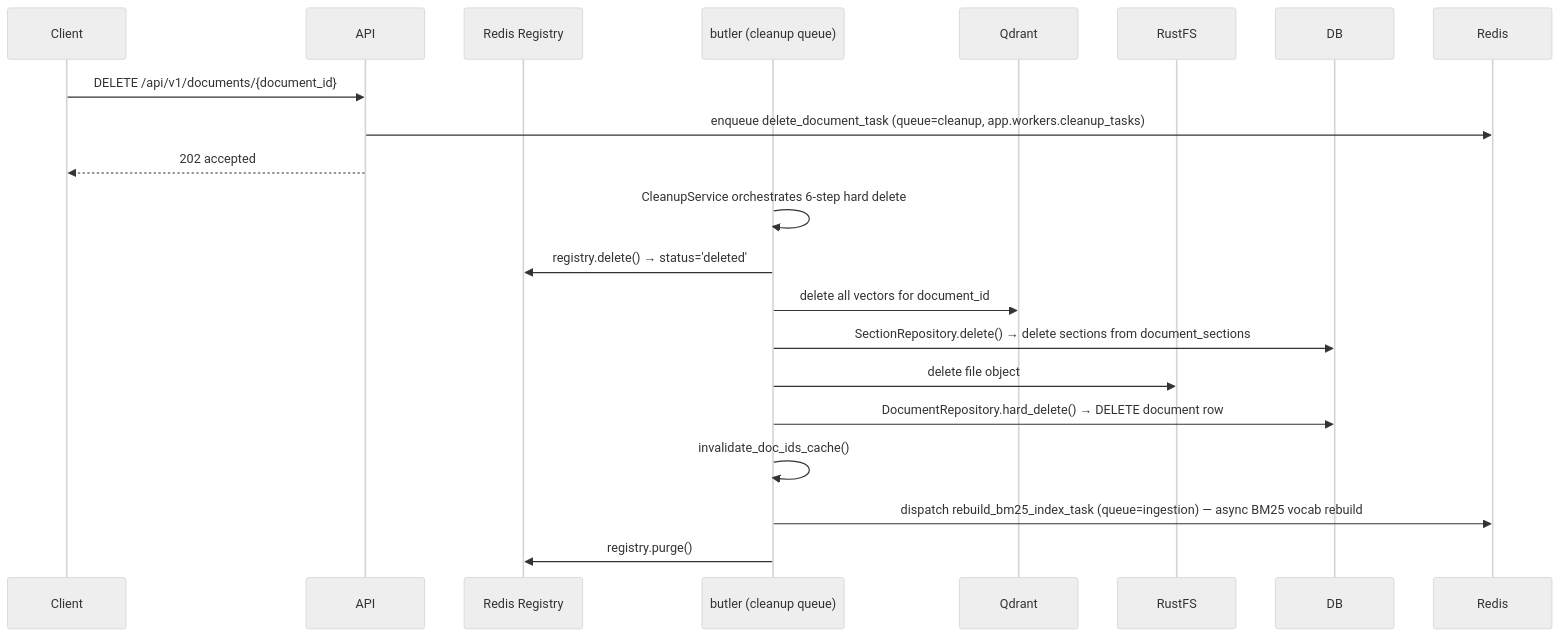
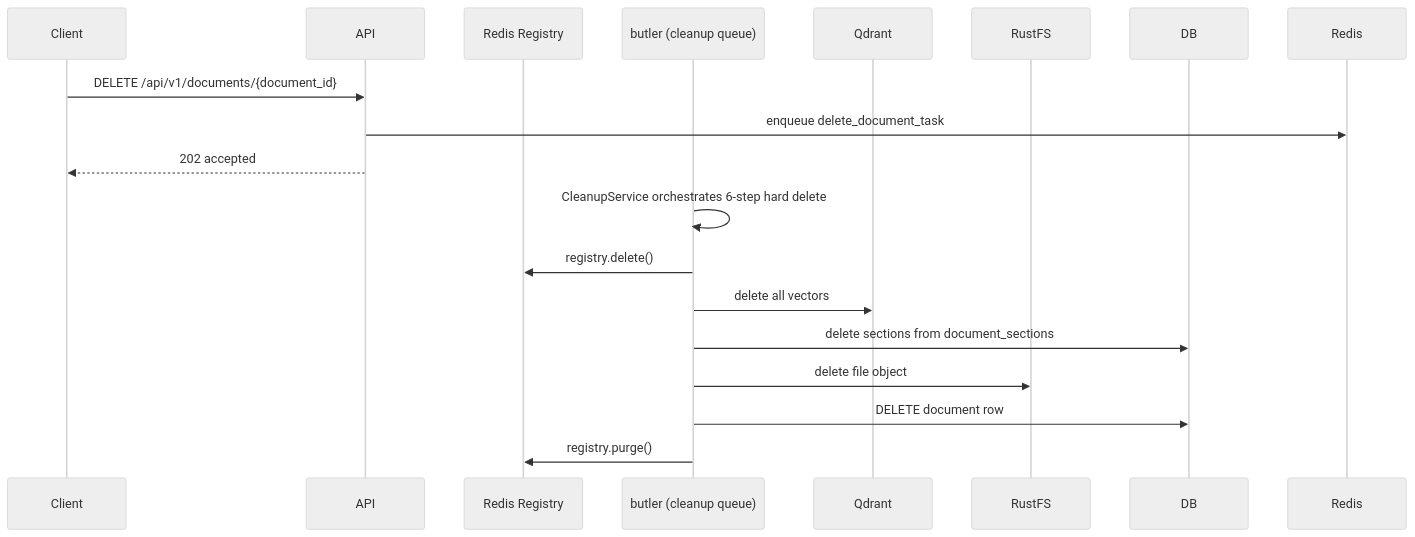
Before and after one commit to qtuanph/chatbot-rag: the third of 4 diagrams in docs/02_WORKFLOWS.md, drawn with Mermaid (neutral theme). The commit also changed other lines of this file and 43 other files, not shown here.

Commit message:
feat: implement core RAG architecture including API middleware, analytics, retrieval services, worker tasks, and system documentation

````diff
--- a/docs/02_WORKFLOWS.md
+++ b/docs/02_WORKFLOWS.md
@@ -133,24 +103,22 @@
 ```mermaid
 sequenceDiagram
     participant Client
     participant API
     participant Registry as Redis Registry
     participant Cleanup as butler (cleanup queue)
     participant Qdrant
     participant RustFS
     participant DB
 
     Client->>API: DELETE /api/v1/documents/{document_id}
-    API->>Redis: enqueue delete_document_task (queue=cleanup, app.workers.cleanup_tasks)
+    API->>Redis: enqueue delete_document_task
     API-->>Client: 202 accepted
 
     Cleanup->>Cleanup: CleanupService orchestrates 6-step hard delete
-    Cleanup->>Registry: registry.delete() → status='deleted'
-    Cleanup->>Qdrant: delete all vectors for document_id
-    Cleanup->>DB: SectionRepository.delete() → delete sections from document_sections
+    Cleanup->>Registry: registry.delete()
+    Cleanup->>Qdrant: delete all vectors
+    Cleanup->>DB: delete sections from document_sections
     Cleanup->>RustFS: delete file object
-    Cleanup->>DB: DocumentRepository.hard_delete() → DELETE document row
-    Cleanup->>Cleanup: invalidate_doc_ids_cache()
-    Cleanup->>Redis: dispatch rebuild_bm25_index_task (queue=ingestion) — async BM25 vocab rebuild
+    Cleanup->>DB: DELETE document row
     Cleanup->>Registry: registry.purge()
 ```
````
